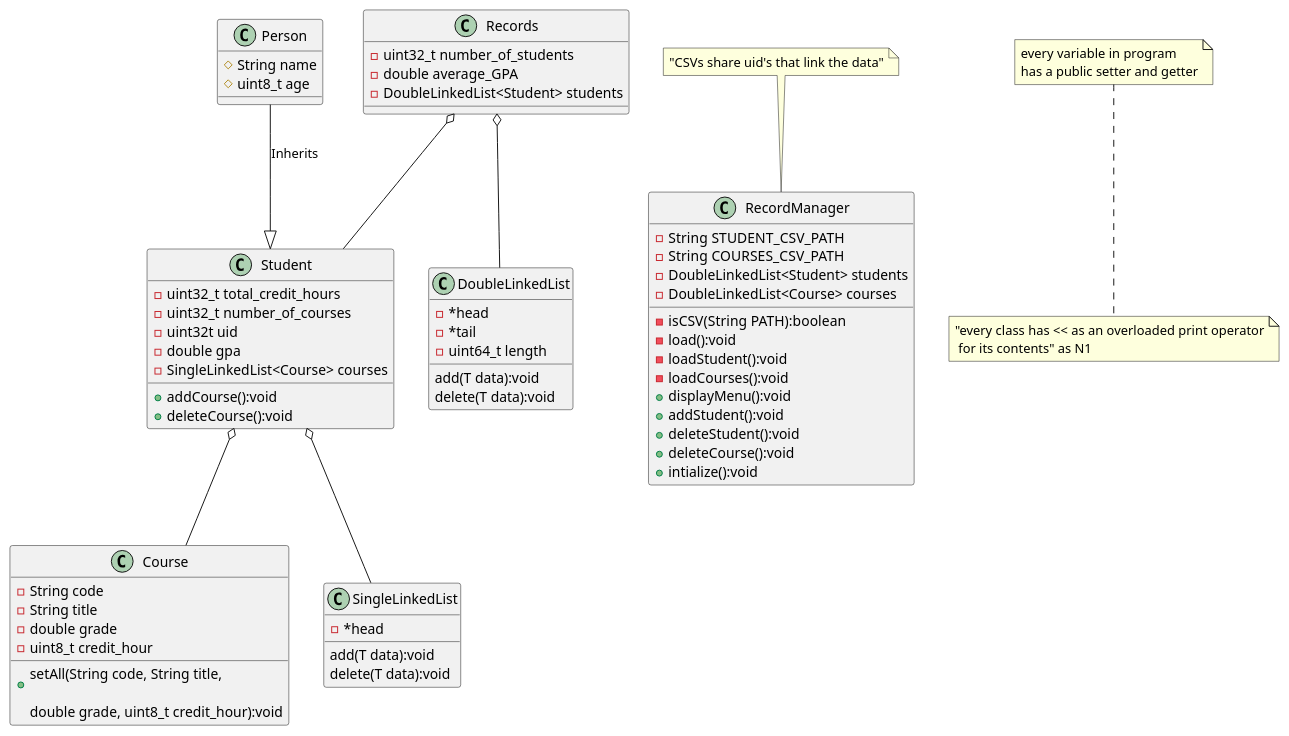
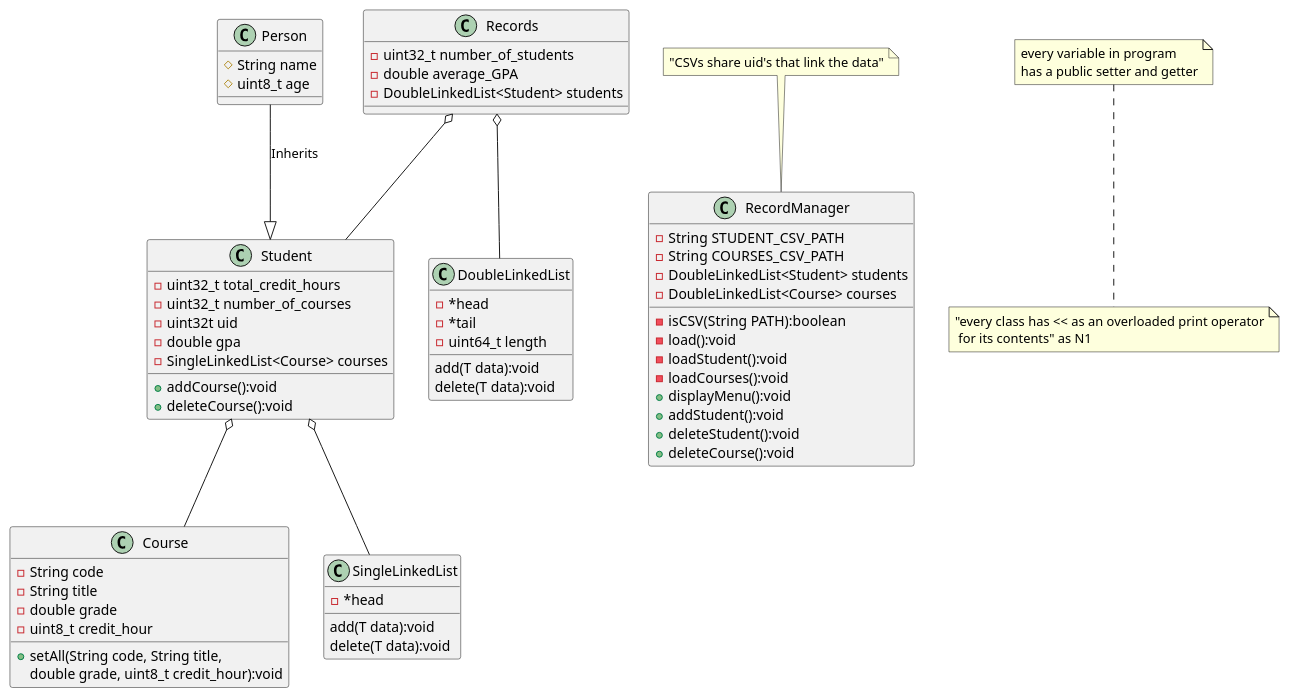
One commit to Andrew-Shepard/SimpleStudentRecordSystem changed the diagram in uml/ClassDiagram.puml. Above: the diagram before and after it, drawn with PlantUML. The commit also changed 5 other files, not shown here.

Commit message:
Added RecordManager class and changed ClassDiagram to not include intialize

```diff
--- a/uml/ClassDiagram.puml
+++ b/uml/ClassDiagram.puml
@@ -1,73 +1,72 @@
 @startuml
 
 class Person {
     #String name
     #uint8_t age
 }
 
 class Course {
     -String code
     -String title
     -double grade
     -uint8_t credit_hour
 
-    +setAll(String code, String title, \n
+    +setAll(String code, String title,
         double grade, uint8_t credit_hour):void
 }
 class SingleLinkedList{
     -*head
 
     add(T data):void
     delete(T data):void
 }
 class DoubleLinkedList{
     -*head
     -*tail
     -uint64_t length
 
     add(T data):void
     delete(T data):void
 
 }
 class RecordManager{
     -String STUDENT_CSV_PATH
     -String COURSES_CSV_PATH
     -DoubleLinkedList<Student> students
     -DoubleLinkedList<Course> courses
 
     -isCSV(String PATH):boolean
     -load():void
     -loadStudent():void
     -loadCourses():void
     +displayMenu():void
     +addStudent():void
     +deleteStudent():void
     +deleteCourse():void
-    +intialize():void
 }
 class Student{
     -uint32_t total_credit_hours
     -uint32_t number_of_courses
     -uint32t uid
     -double gpa
     -SingleLinkedList<Course> courses
 
     +addCourse():void
     +deleteCourse():void
 }
 class Records{
     -uint32_t number_of_students
     -double average_GPA
     -DoubleLinkedList<Student> students
 }
 Person --|> Student : Inherits
 Student o-- SingleLinkedList
 Records o-- DoubleLinkedList
 Student o-- Course
 Records o-- Student
 
 class Person
 note "every variable in program\nhas a public setter and getter" as N2
 note bottom of N2 : "every class has << as an overloaded print operator\n for its contents" as N1
 note top of RecordManager : "CSVs share uid's that link the data"
 @enduml
```
